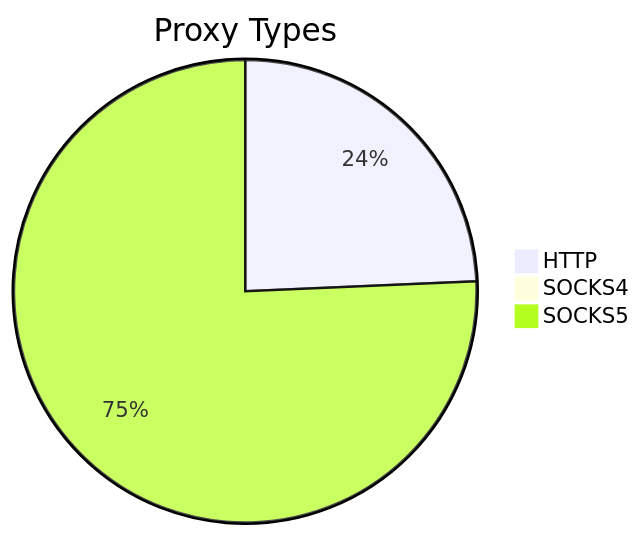
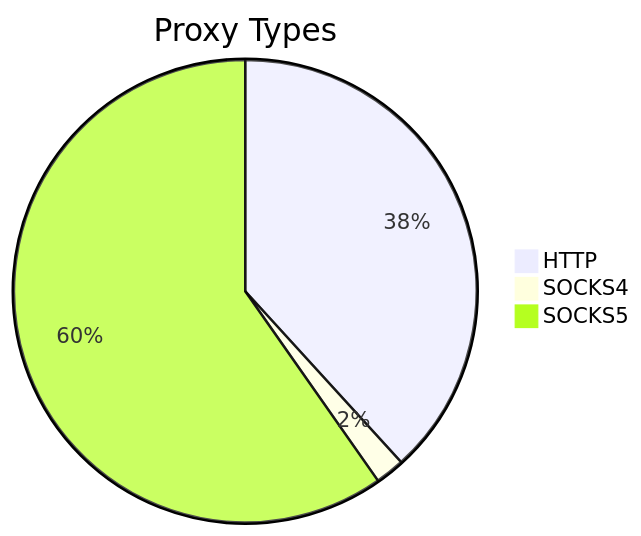
One commit to stormsia/proxy-list changed the first of 2 diagrams in README.md. Above: the diagram before and after it, drawn with Mermaid. The commit also changed other lines of this file, not shown here.

````diff
--- a/README.md
+++ b/README.md
@@ -21,6 +21,6 @@
 ```mermaid
 pie title Proxy Types
-    "HTTP" : 211
-    "SOCKS4" : 6
-    "SOCKS5" : 657
+    "HTTP" : 336
+    "SOCKS4" : 18
+    "SOCKS5" : 525
 ```
````
